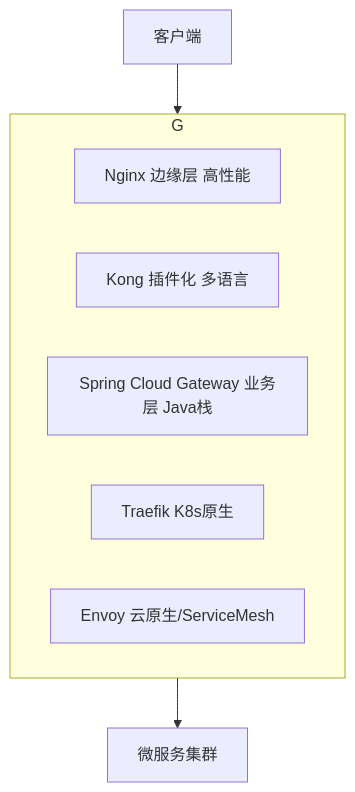
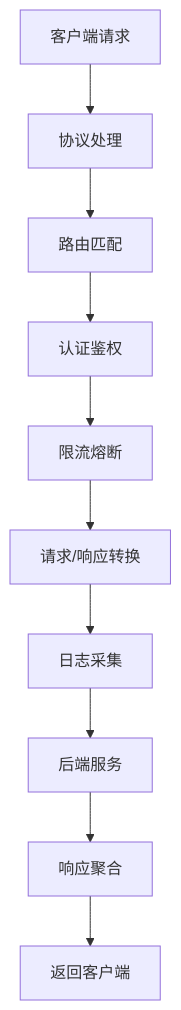
The first of 6 diagrams in 基础知识/中间件/API网关.md (tghrxxxyyy/knowledge-base), drawn with Mermaid before and after one commit. The commit also changed other lines of this file and 9 other files, not shown here.

````diff
--- a/基础知识/中间件/API网关.md
+++ b/基础知识/中间件/API网关.md
@@ -38,12 +47,12 @@
 ```mermaid
-flowchart TB
-    C[客户端] --> G[网关层]
-    subgraph G
-        N[Nginx 边缘层 高性能]
-        K[Kong 插件化 多语言]
-        S[Spring Cloud Gateway 业务层 Java栈]
-        T[Traefik K8s原生]
-        E[Envoy 云原生/ServiceMesh]
-    end
-    G --> MS[微服务集群]
+graph TD
+    A[客户端请求] --> B[协议处理]
+    B --> C[路由匹配]
+    C --> D[认证鉴权]
+    D --> E[限流熔断]
+    E --> F[请求/响应转换]
+    F --> G[日志采集]
+    G --> H[后端服务]
+    H --> I[响应聚合]
+    I --> J[返回客户端]
 ```
````
